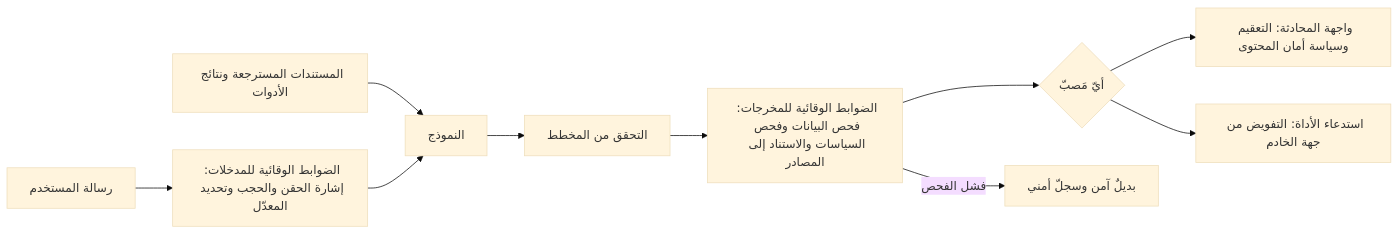
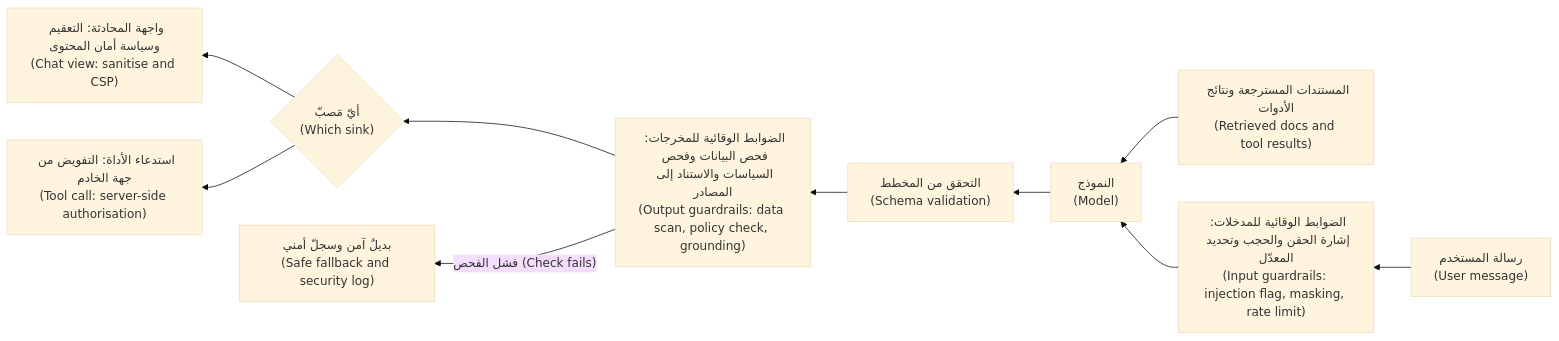
The first of 4 diagrams in secai/modules/09-ai-defence.ar.md (Tamoura/system-design-for-vibe-coders), drawn with Mermaid (base theme) before and after one commit. The commit also changed other lines of this file and 11 other files, not shown here.

First line of the commit message:
Security course: Arabic modules 10–11 reviewed; RTL diagrams with English labels for modules 0–11

````diff
--- a/secai/modules/09-ai-defence.ar.md
+++ b/secai/modules/09-ai-defence.ar.md
@@ -97,12 +97,12 @@
 ```mermaid
-flowchart LR
-    U["رسالة المستخدم"] --> IG["الضوابط الوقائية للمدخلات: إشارة الحقن والحجب وتحديد المعدّل"]
-    D["المستندات المسترجعة ونتائج الأدوات"] --> M["النموذج"]
+flowchart RL
+    U["رسالة المستخدم<br/>(User message)"] --> IG["الضوابط الوقائية للمدخلات: إشارة الحقن والحجب وتحديد المعدّل<br/>(Input guardrails: injection flag, masking, rate limit)"]
+    D["المستندات المسترجعة ونتائج الأدوات<br/>(Retrieved docs and tool results)"] --> M["النموذج<br/>(Model)"]
     IG --> M
-    M --> S["التحقق من المخطط"]
-    S --> OG["الضوابط الوقائية للمخرجات: فحص البيانات وفحص السياسات والاستناد إلى المصادر"]
-    OG --> K{"أيّ مَصبّ"}
-    K --> R["واجهة المحادثة: التعقيم وسياسة أمان المحتوى"]
-    K --> T["استدعاء الأداة: التفويض من جهة الخادم"]
-    OG -->|"فشل الفحص"| F["بديلٌ آمن وسجلّ أمني"]
+    M --> S["التحقق من المخطط<br/>(Schema validation)"]
+    S --> OG["الضوابط الوقائية للمخرجات: فحص البيانات وفحص السياسات والاستناد إلى المصادر<br/>(Output guardrails: data scan, policy check, grounding)"]
+    OG --> K{"أيّ مَصبّ<br/>(Which sink)"}
+    K --> R["واجهة المحادثة: التعقيم وسياسة أمان المحتوى<br/>(Chat view: sanitise and CSP)"]
+    K --> T["استدعاء الأداة: التفويض من جهة الخادم<br/>(Tool call: server-side authorisation)"]
+    OG -->|"فشل الفحص (Check fails)"| F["بديلٌ آمن وسجلّ أمني<br/>(Safe fallback and security log)"]
 ```
````
